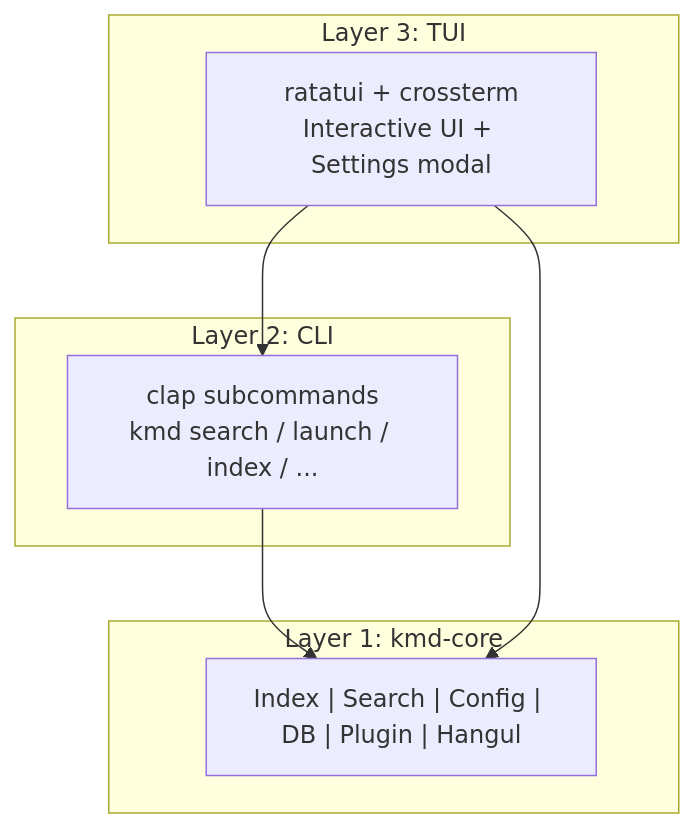
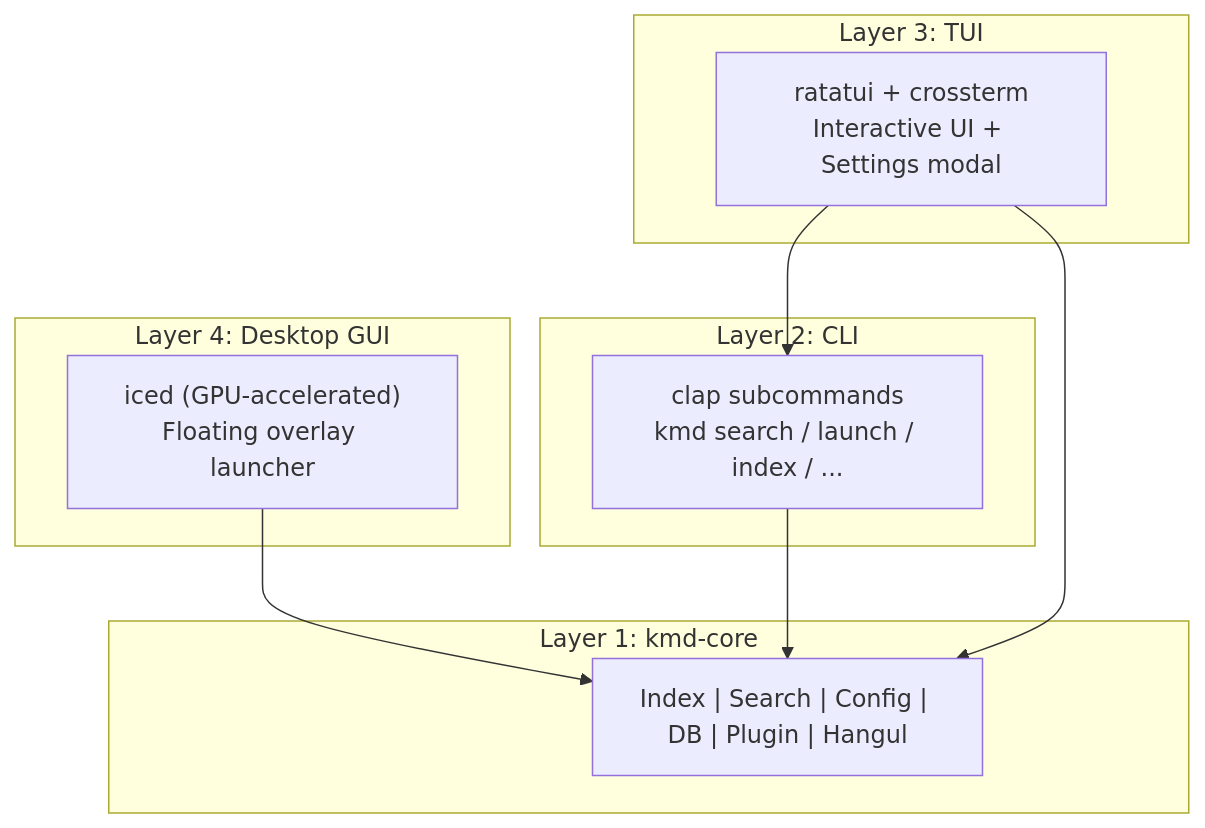
The diagram in README.md (bullpae/keymander-cli), drawn with Mermaid before and after one commit. The commit also changed other lines of this file and 4 other files, not shown here.

````diff
--- a/README.md
+++ b/README.md
@@ -183,16 +235,20 @@
 ```mermaid
 graph TB
+    subgraph Layer4 ["Layer 4: Desktop GUI"]
+        Desktop["iced (GPU-accelerated)\nFloating overlay launcher"]
+    end
     subgraph Layer3 ["Layer 3: TUI"]
         TUI["ratatui + crossterm\nInteractive UI + Settings modal"]
     end
     subgraph Layer2 ["Layer 2: CLI"]
         CLI["clap subcommands\nkmd search / launch / index / ..."]
     end
     subgraph Layer1 ["Layer 1: kmd-core"]
         Core["Index | Search | Config | DB | Plugin | Hangul"]
     end
 
+    Desktop --> Core
     TUI --> CLI
     CLI --> Core
     TUI --> Core
 ```
````
